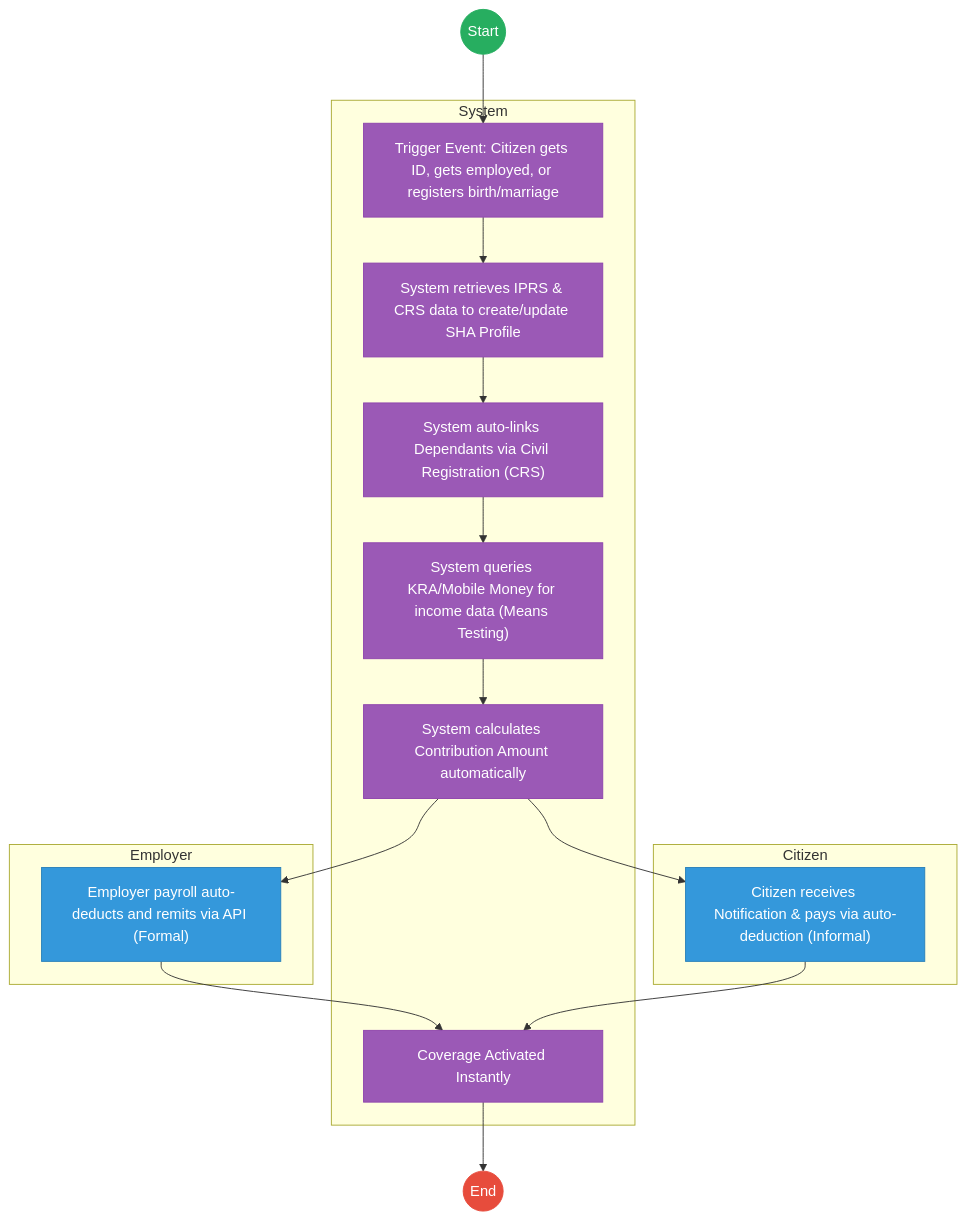
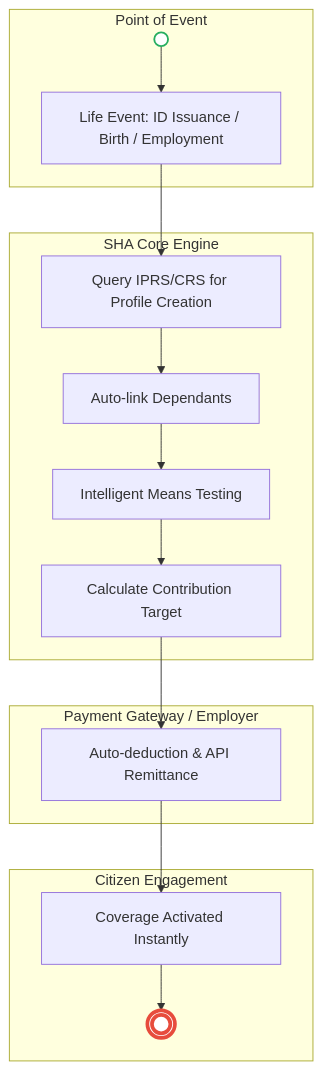
One commit to BITZ-IT-Consulting-LTD/ictapoc changed the second of 2 diagrams in mdas/docs_final/National_Health_Insurance_Fund___Service_Delivery.md. Above: the diagram before and after it, drawn with Mermaid. The commit also changed other lines of this file and 13 other files, not shown here.

````diff
--- a/mdas/docs_final/National_Health_Insurance_Fund___Service_Delivery.md
+++ b/mdas/docs_final/National_Health_Insurance_Fund___Service_Delivery.md
@@ -134,41 +117,25 @@
 ```mermaid
-graph TD
-    Start((Start)) --> S1
-
-    subgraph System [System]
-        S1["Trigger Event: Citizen gets ID, gets employed, or registers birth/marriage"]
-        S2["System retrieves IPRS & CRS data to create/update SHA Profile"]
-        S3["System auto-links Dependants via Civil Registration (CRS)"]
-        S4["System queries KRA/Mobile Money for income data (Means Testing)"]
-        S5["System calculates Contribution Amount automatically"]
-        S8["Coverage Activated Instantly"]
+flowchart TD
+    subgraph Event["Point of Event"]
+        Start(( )) --> E1[Life Event: ID Issuance / Birth / Employment]
     end
 
-    subgraph Employer [Employer]
-        S6["Employer payroll auto-deducts and remits via API (Formal)"]
+    subgraph System["SHA Core Engine"]
+        E1 --> S1[Query IPRS/CRS for Profile Creation]
+        S1 --> S2[Auto-link Dependants]
+        S2 --> S3[Intelligent Means Testing]
+        S3 --> S4[Calculate Contribution Target]
     end
 
-    subgraph Citizen [Citizen]
-        S7["Citizen receives Notification & pays via auto-deduction (Informal)"]
+    subgraph Finance["Payment Gateway / Employer"]
+        S4 --> F1[Auto-deduction & API Remittance]
     end
 
-    S1 --> S2
-    S2 --> S3
-    S3 --> S4
-    S4 --> S5
-    S5 --> S6
-    S5 --> S7
-    S6 --> S8
-    S7 --> S8
-    S8 --> End((End))
+    subgraph Final["Citizen Engagement"]
+        F1 --> C1[Coverage Activated Instantly]
+        C1 --> End((( )))
+    end
 
-    classDef start fill:#27ae60,stroke:#27ae60,color:#fff;
-    classDef endNode fill:#e74c3c,stroke:#e74c3c,color:#fff;
-    classDef userTask fill:#3498db,stroke:#2980b9,color:#fff;
-    classDef serviceTask fill:#9b59b6,stroke:#8e44ad,color:#fff;
-
-    class Start start;
-    class End endNode;
-    class S1,S2,S3,S4,S5,S8 serviceTask;
-    class S6,S7 userTask;
+    style Start fill:#fff,stroke:#27ae60,stroke-width:2px
+    style End fill:#fff,stroke:#e74c3c,stroke-width:4px
 ```
````
